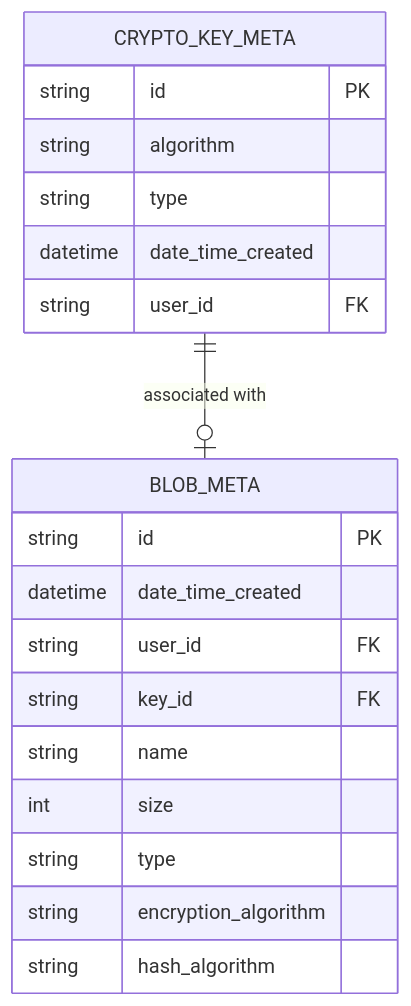
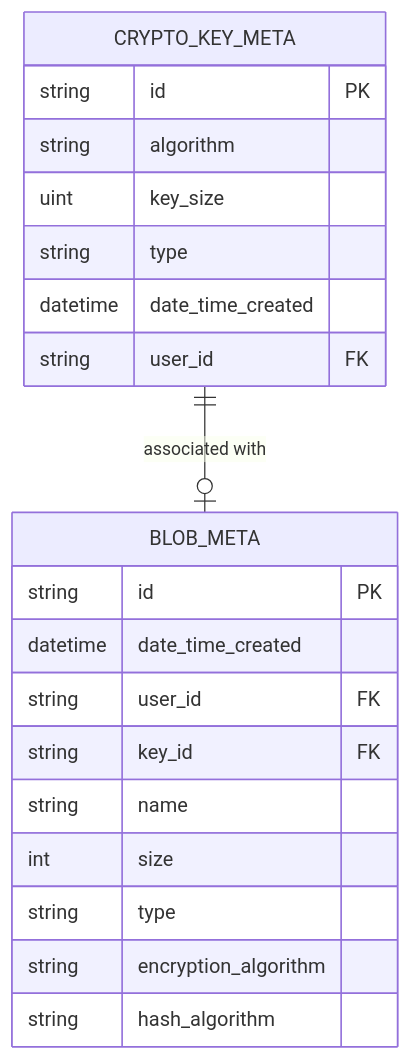
One commit to MGTheTrain/crypto-vault-service changed the diagram in docs/diagrams/erd.mmd. Above: the diagram before and after it, drawn with Mermaid. The commit also changed 3 other files, not shown here.

Commit message:
consider key size members attribute in CryptoKeyMeta struct; add custom key size validation function

```diff
--- a/docs/diagrams/erd.mmd
+++ b/docs/diagrams/erd.mmd
@@ -1,22 +1,23 @@
 erDiagram
     CRYPTO_KEY_META {
         string id PK
         string algorithm
+        uint key_size
         string type
         datetime date_time_created
         string user_id FK
     }
 
     BLOB_META {
         string id PK
         datetime date_time_created
         string user_id FK
         string key_id FK
         string name
         int size
         string type
         string encryption_algorithm
         string hash_algorithm
     }
 
     CRYPTO_KEY_META ||--o| BLOB_META : "associated with"
```
